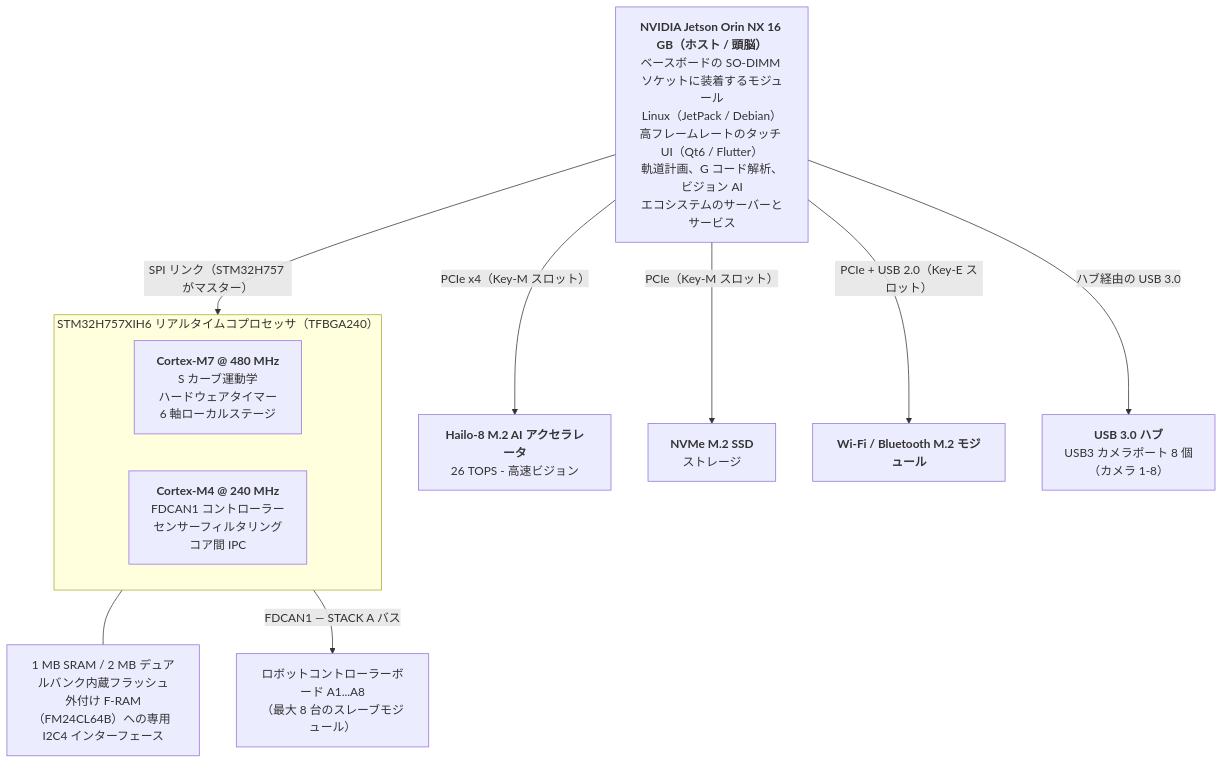
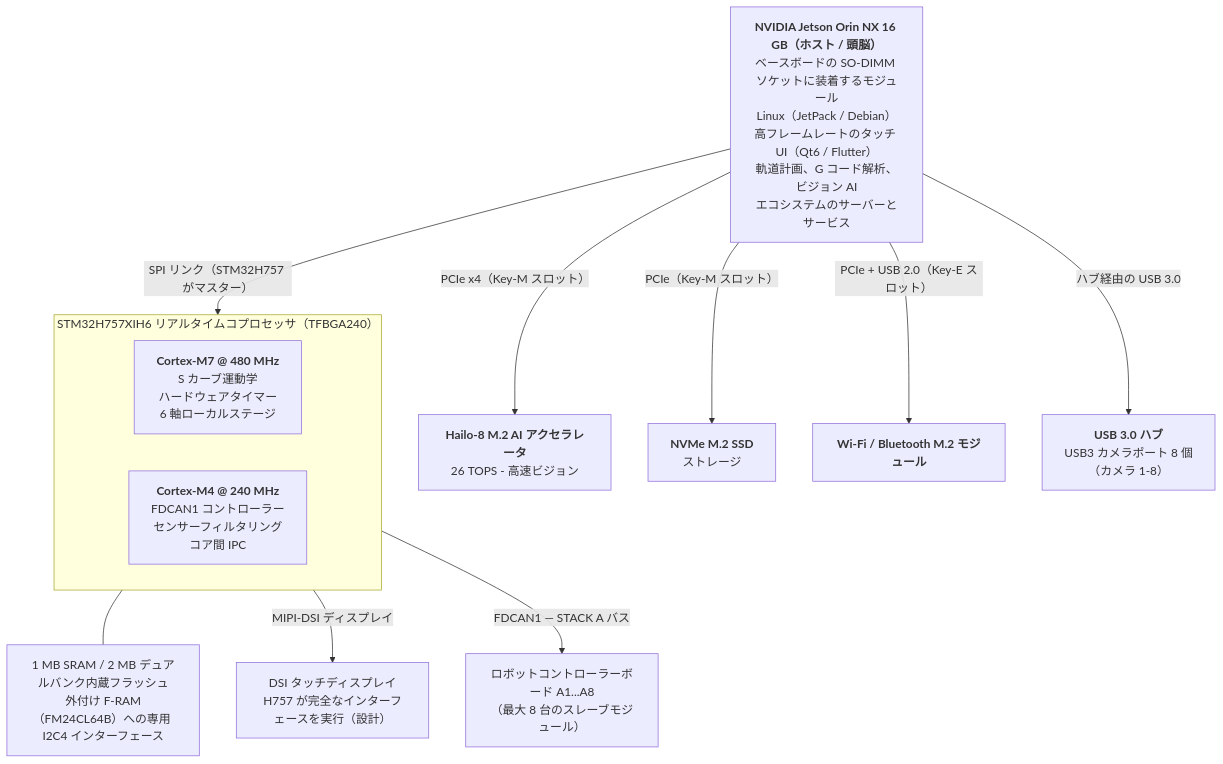
One commit to JuanenRac/HYDRA-UMC changed the first of 3 diagrams in README_jpn.md. Above: the diagram before and after it, drawn with Mermaid. The commit also changed other lines of this file and 8 other files, not shown here.

````diff
--- a/README_jpn.md
+++ b/README_jpn.md
@@ -95,21 +96,22 @@
 ```mermaid
 flowchart TB
     JETSON["<b>NVIDIA Jetson Orin NX 16 GB（ホスト / 頭脳）</b><br/>ベースボードの SO-DIMM ソケットに装着するモジュール<br/>Linux（JetPack / Debian）<br/>高フレームレートのタッチ UI（Qt6 / Flutter）<br/>軌道計画、G コード解析、ビジョン AI<br/>エコシステムのサーバーとサービス"]
 
     JETSON -- "PCIe x4（Key-M スロット）" --> HAILO8["<b>Hailo-8 M.2 AI アクセラレータ</b><br/>26 TOPS - 高速ビジョン"]
     JETSON -- "PCIe（Key-M スロット）" --> NVME["<b>NVMe M.2 SSD</b><br/>ストレージ"]
     JETSON -- "PCIe + USB 2.0（Key-E スロット）" --> WIFI["<b>Wi-Fi / Bluetooth M.2 モジュール</b>"]
     JETSON -- "ハブ経由の USB 3.0" --> HUBS["<b>USB 3.0 ハブ</b><br/>USB3 カメラポート 8 個<br/>（カメラ 1-8）"]
 
     JETSON -- "SPI リンク（STM32H757 がマスター）" --> MCU
 
     subgraph MCU["STM32H757XIH6 リアルタイムコプロセッサ（TFBGA240）"]
         direction LR
         CM7["<b>Cortex-M7 @ 480 MHz</b><br/>S カーブ運動学<br/>ハードウェアタイマー<br/>6 軸ローカルステージ"]
         CM4["<b>Cortex-M4 @ 240 MHz</b><br/>FDCAN1 コントローラー<br/>センサーフィルタリング<br/>コア間 IPC"]
     end
     MEM["1 MB SRAM / 2 MB デュアルバンク内蔵フラッシュ<br/>外付け F-RAM（FM24CL64B）への専用 I2C4 インターフェース"]
     MCU --- MEM
+    MCU -- "MIPI-DSI ディスプレイ" --> DSIDISP["DSI タッチディスプレイ<br/>H757 が完全なインターフェースを実行（設計）"]
 
     MCU -- "FDCAN1 — STACK A バス" --> ROBOTS["ロボットコントローラーボード A1...A8<br/>（最大 8 台のスレーブモジュール）"]
 ```
````
